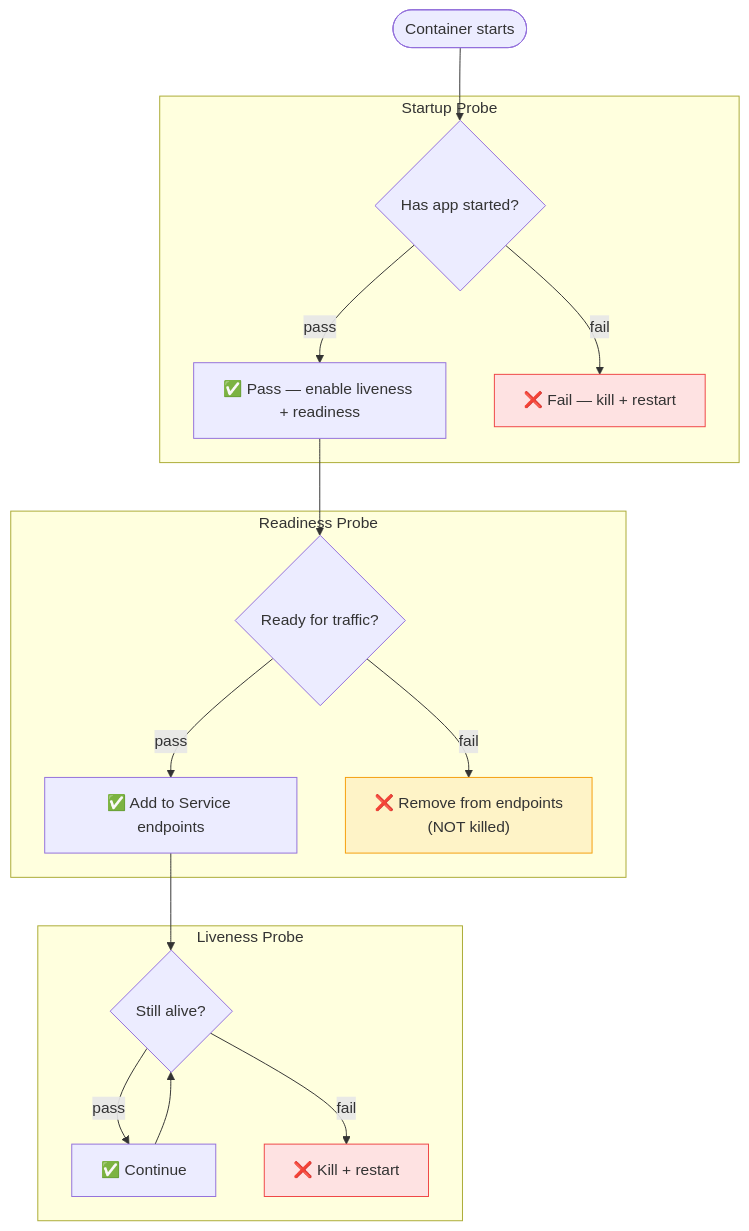
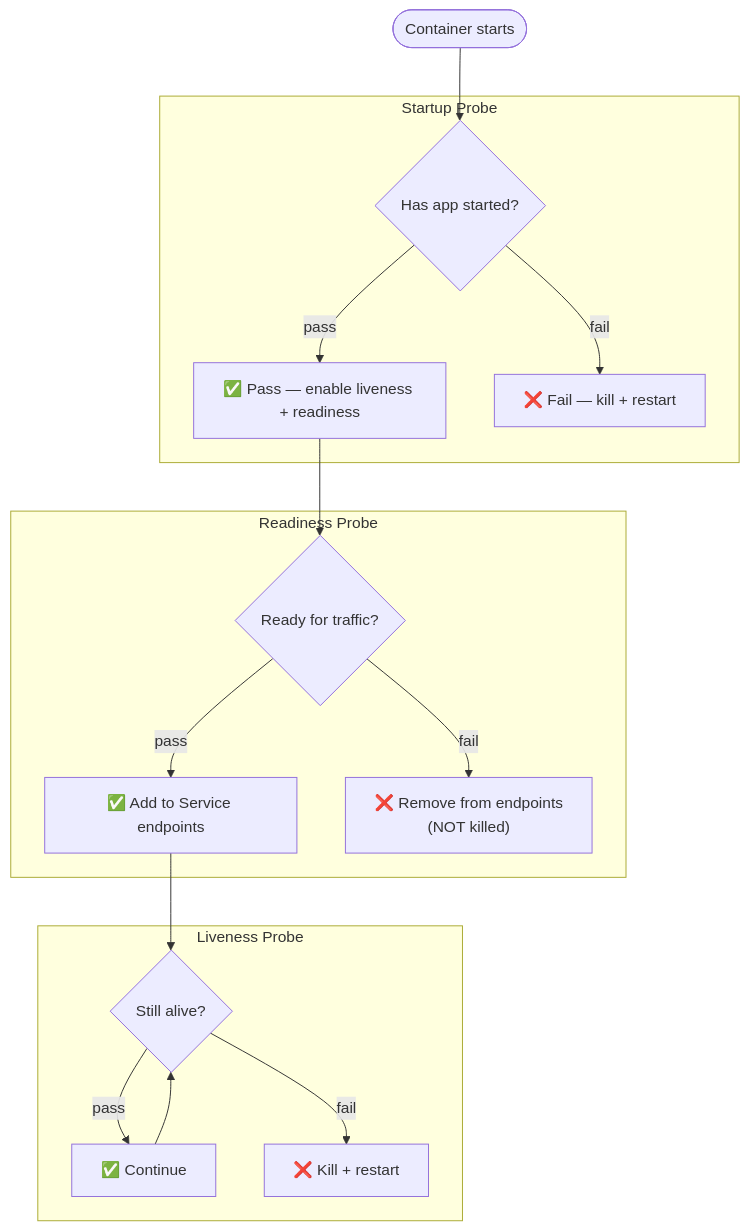
One commit to Gautam4424/k8slearn-content changed the diagram in content/cka/04-application-lifecycle-management/44-liveness-readiness-startup-probes/44-liveness-readiness-startup-probes.md. Above: the diagram before and after it, drawn with Mermaid. The commit also changed 40 other files, not shown here.

Commit message:
chore: fix mermaid style regex

````diff
--- a/content/cka/04-application-lifecycle-management/44-liveness-readiness-startup-probes/44-liveness-readiness-startup-probes.md
+++ b/content/cka/04-application-lifecycle-management/44-liveness-readiness-startup-probes/44-liveness-readiness-startup-probes.md
@@ -21,29 +21,26 @@
 ```mermaid
 flowchart TD
     START(["Container starts"])
     subgraph SP["Startup Probe"]
         S{"Has app started?"}
         S_OK["✅ Pass — enable liveness + readiness"]
         S_FAIL["❌ Fail — kill + restart"]
     end
     subgraph RP["Readiness Probe"]
         R{"Ready for traffic?"}
         R_OK["✅ Add to Service endpoints"]
         R_FAIL["❌ Remove from endpoints\n(NOT killed)"]
     end
     subgraph LP["Liveness Probe"]
         L{"Still alive?"}
         L_OK["✅ Continue"]
         L_FAIL["❌ Kill + restart"]
     end
     START --> S
     S -->|pass| S_OK --> R
     S -->|fail| S_FAIL
     R -->|pass| R_OK --> L
     R -->|fail| R_FAIL
     L -->|pass| L_OK --> L
     L -->|fail| L_FAIL
-    style S_FAIL fill:#fee2e2,stroke:#ef4444
-    style L_FAIL fill:#fee2e2,stroke:#ef4444
-    style R_FAIL fill:#fef3c7,stroke:#f59e0b
 ```
````
